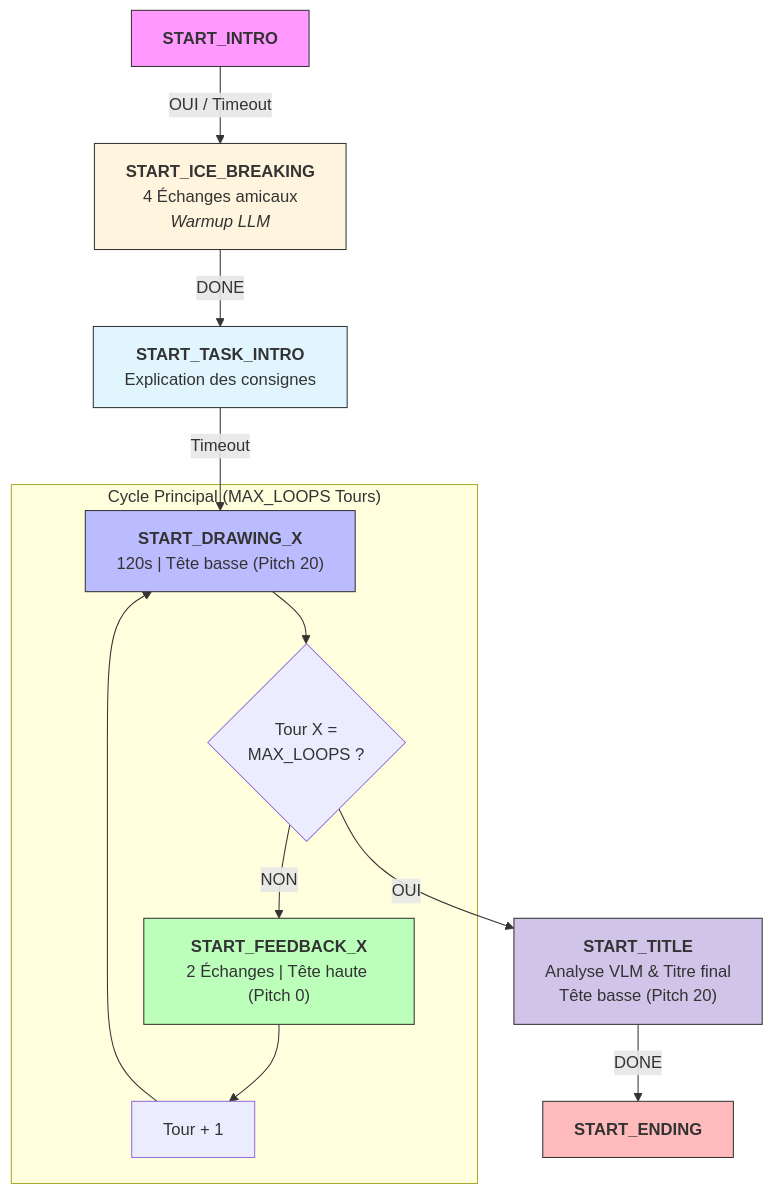
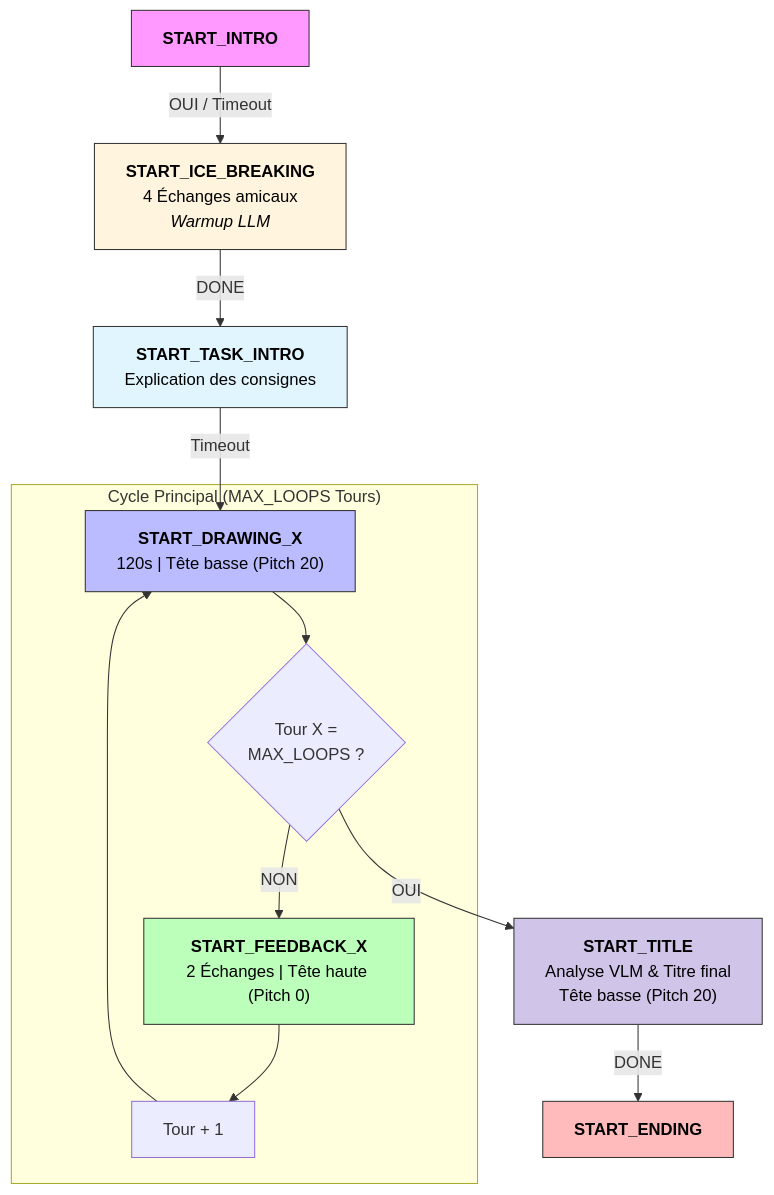
One commit to Marcopolo-g/CreaRobot changed the diagram in pc_dev/README.md. Above: the diagram before and after it, drawn with Mermaid. The commit also changed 1 other file, not shown here.

Commit message:
readme updated

````diff
--- a/pc_dev/README.md
+++ b/pc_dev/README.md
@@ -148,37 +148,37 @@
 ```mermaid
 graph TD
     %% Phase d'initialisation
     INTRO[<b>START_INTRO</b><br/>] 
     
     INTRO -- "OUI / Timeout" --> ICE[<b>START_ICE_BREAKING</b><br/>4 Échanges amicaux<br/><i>Warmup LLM</i>]
     
     ICE -- "DONE" --> TASK[<b>START_TASK_INTRO</b><br/>Explication des consignes]
     
     TASK -- "Timeout" --> DRAW
 
     %% Cycle itératif
     subgraph "Cycle Principal (MAX_LOOPS Tours)"
         DRAW["<b>START_DRAWING_X</b><br/>120s | Tête basse (Pitch 20)"]
         DRAW --> DECIDE{Tour X = 
         MAX_LOOPS ?}
         
         DECIDE -- "NON" --> FEEDBACK["<b>START_FEEDBACK_X</b><br/>2 Échanges | Tête haute (Pitch 0)"]
         FEEDBACK --> INC[Tour + 1]
         INC --> DRAW
     end
 
     %% Phase de clôture
     DECIDE -- "OUI" --> TITLE["<b>START_TITLE</b><br/>Analyse VLM & Titre final<br/>Tête basse (Pitch 20)"]
     
     TITLE -- "DONE" --> ENDING["<b>START_ENDING</b><br/>"]
     
 
     %% Styles de couleurs pour la clarté du README
-    style INTRO fill:#f9f,stroke:#333
-    style ICE fill:#fff4dd,stroke:#333
-    style TASK fill:#e1f5fe,stroke:#333
-    style DRAW fill:#bbf,stroke:#333
-    style FEEDBACK fill:#bfb,stroke:#333
-    style TITLE fill:#d1c4e9,stroke:#333
-    style ENDING fill:#fbb,stroke:#333
+    style INTRO fill:#f9f,stroke:#333, color:#000
+    style ICE fill:#fff4dd,stroke:#333, color:#000
+    style TASK fill:#e1f5fe,stroke:#333, color:#000
+    style DRAW fill:#bbf,stroke:#333, color:#000
+    style FEEDBACK fill:#bfb,stroke:#333, color:#000
+    style TITLE fill:#d1c4e9,stroke:#333, color:#000
+    style ENDING fill:#fbb,stroke:#333, color:#000
 ```
````
